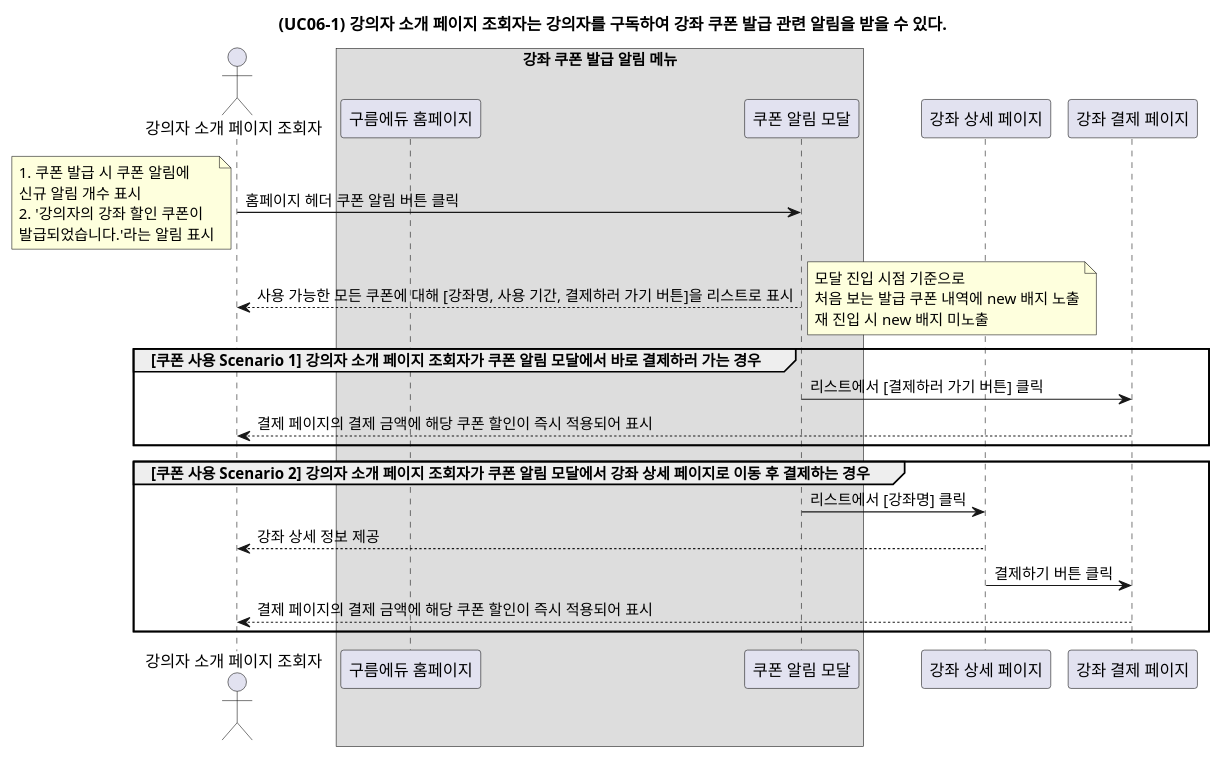
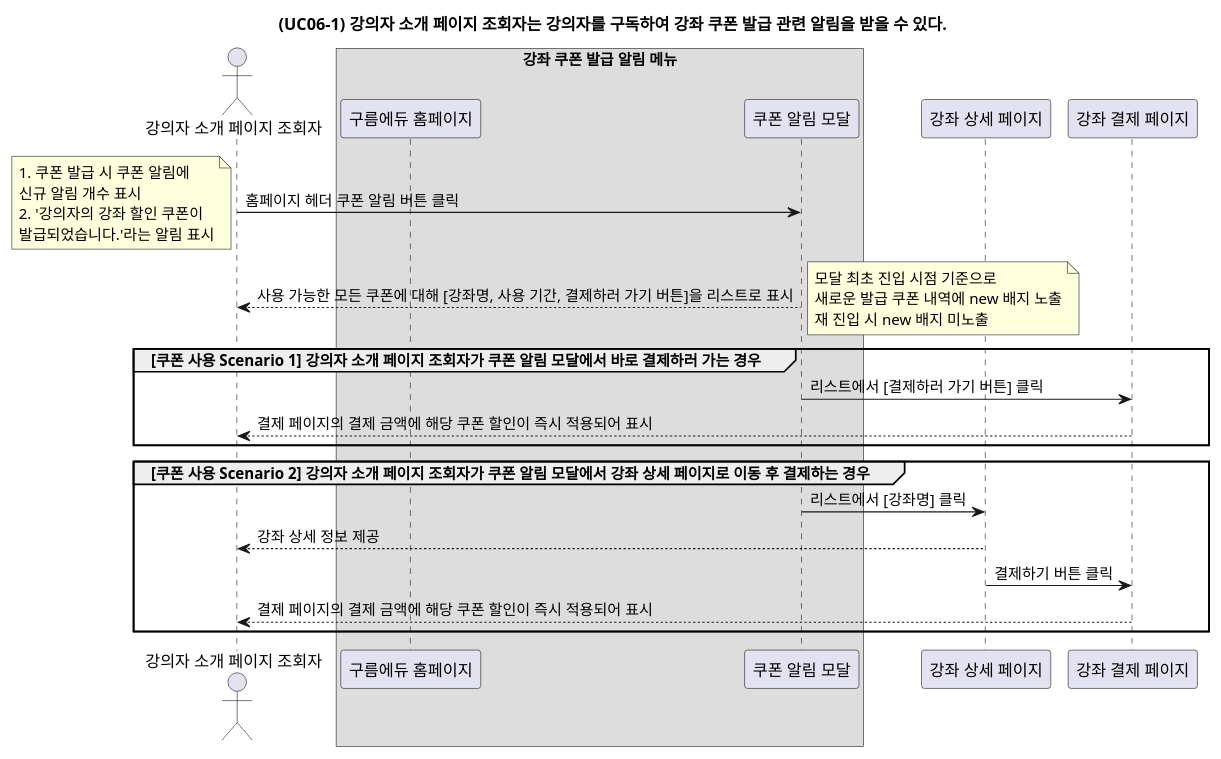
Before and after one commit to YoonsooOh/tech-study: the diagram in 강의자소개페이지2차개발/UC06-1.puml, drawn with PlantUML.

```diff
--- a/강의자소개페이지2차개발/UC06-1.puml
+++ b/강의자소개페이지2차개발/UC06-1.puml
@@ -1,41 +1,41 @@
 @startuml
 
 title (UC06-1) 강의자 소개 페이지 조회자는 강의자를 구독하여 강좌 쿠폰 발급 관련 알림을 받을 수 있다.
 actor "강의자 소개 페이지 조회자"
 
 box "강좌 쿠폰 발급 알림 메뉴"
 participant "구름에듀 홈페이지"
 participant "쿠폰 알림 모달"
 endbox
 participant "강좌 상세 페이지"
 participant "강좌 결제 페이지"
 
 "강의자 소개 페이지 조회자" -> "쿠폰 알림 모달" : 홈페이지 헤더 쿠폰 알림 버튼 클릭
 note bottom
 1. 쿠폰 발급 시 쿠폰 알림에
 신규 알림 개수 표시
 2. '강의자의 강좌 할인 쿠폰이
 발급되었습니다.'라는 알림 표시
 end note
 "쿠폰 알림 모달" --> "강의자 소개 페이지 조회자" : 사용 가능한 모든 쿠폰에 대해 [강좌명, 사용 기간, 결제하러 가기 버튼]을 리스트로 표시
 
 group [쿠폰 사용 Scenario 1] 강의자 소개 페이지 조회자가 쿠폰 알림 모달에서 바로 결제하러 가는 경우
 
 note right
-모달 진입 시점 기준으로
-처음 보는 발급 쿠폰 내역에 new 배지 노출
+모달 최초 진입 시점 기준으로
+새로운 발급 쿠폰 내역에 new 배지 노출
 재 진입 시 new 배지 미노출
 end note
 
 "쿠폰 알림 모달" -> "강좌 결제 페이지" : 리스트에서 [결제하러 가기 버튼] 클릭
 "강좌 결제 페이지" --> "강의자 소개 페이지 조회자" : 결제 페이지의 결제 금액에 해당 쿠폰 할인이 즉시 적용되어 표시
 end
 
 group [쿠폰 사용 Scenario 2] 강의자 소개 페이지 조회자가 쿠폰 알림 모달에서 강좌 상세 페이지로 이동 후 결제하는 경우
 "쿠폰 알림 모달" -> "강좌 상세 페이지" : 리스트에서 [강좌명] 클릭
 "강좌 상세 페이지" --> "강의자 소개 페이지 조회자" : 강좌 상세 정보 제공
 "강좌 상세 페이지" -> "강좌 결제 페이지" : 결제하기 버튼 클릭
 "강좌 결제 페이지" --> "강의자 소개 페이지 조회자" : 결제 페이지의 결제 금액에 해당 쿠폰 할인이 즉시 적용되어 표시
 end
 
 @enduml
```
